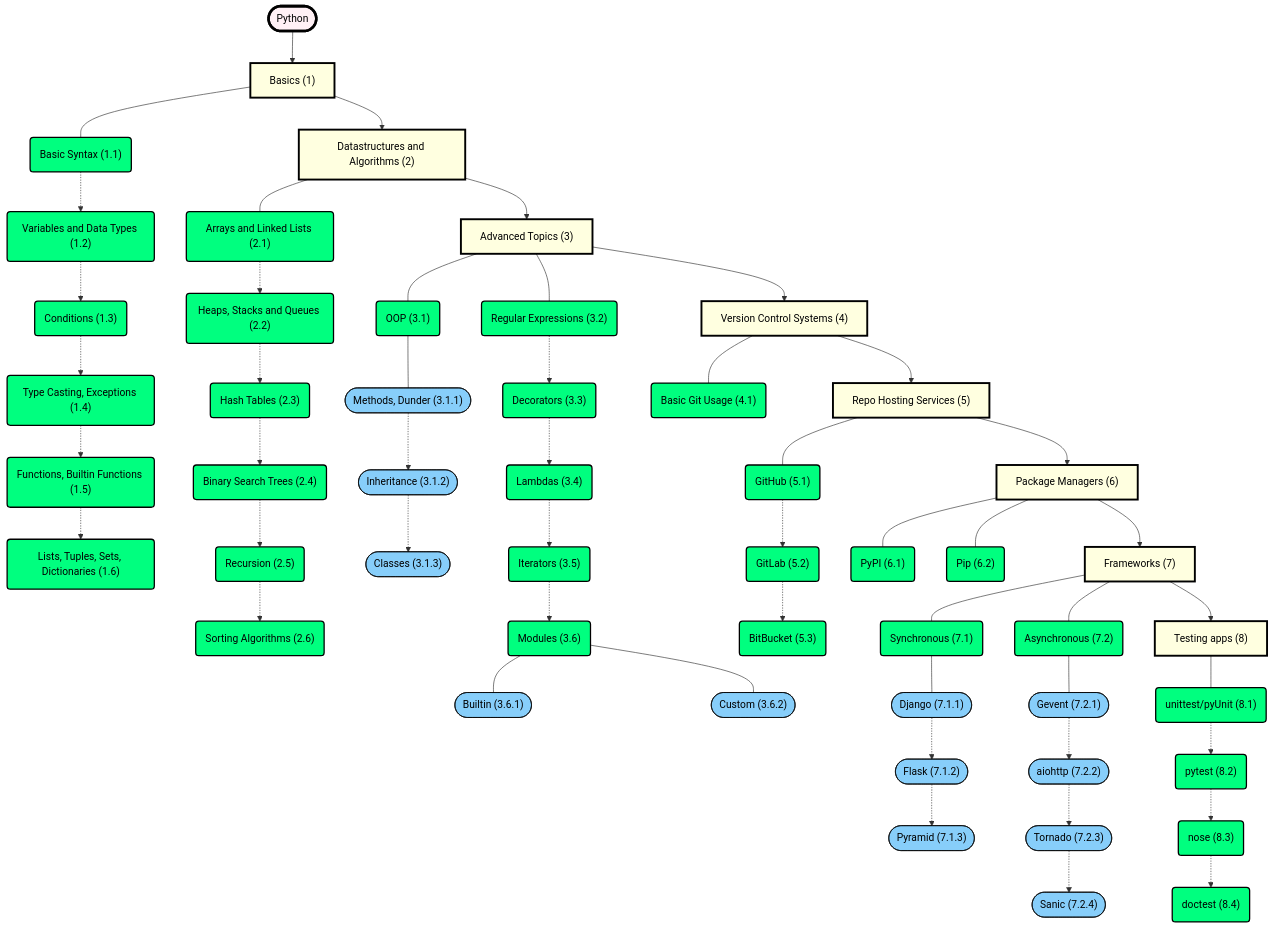
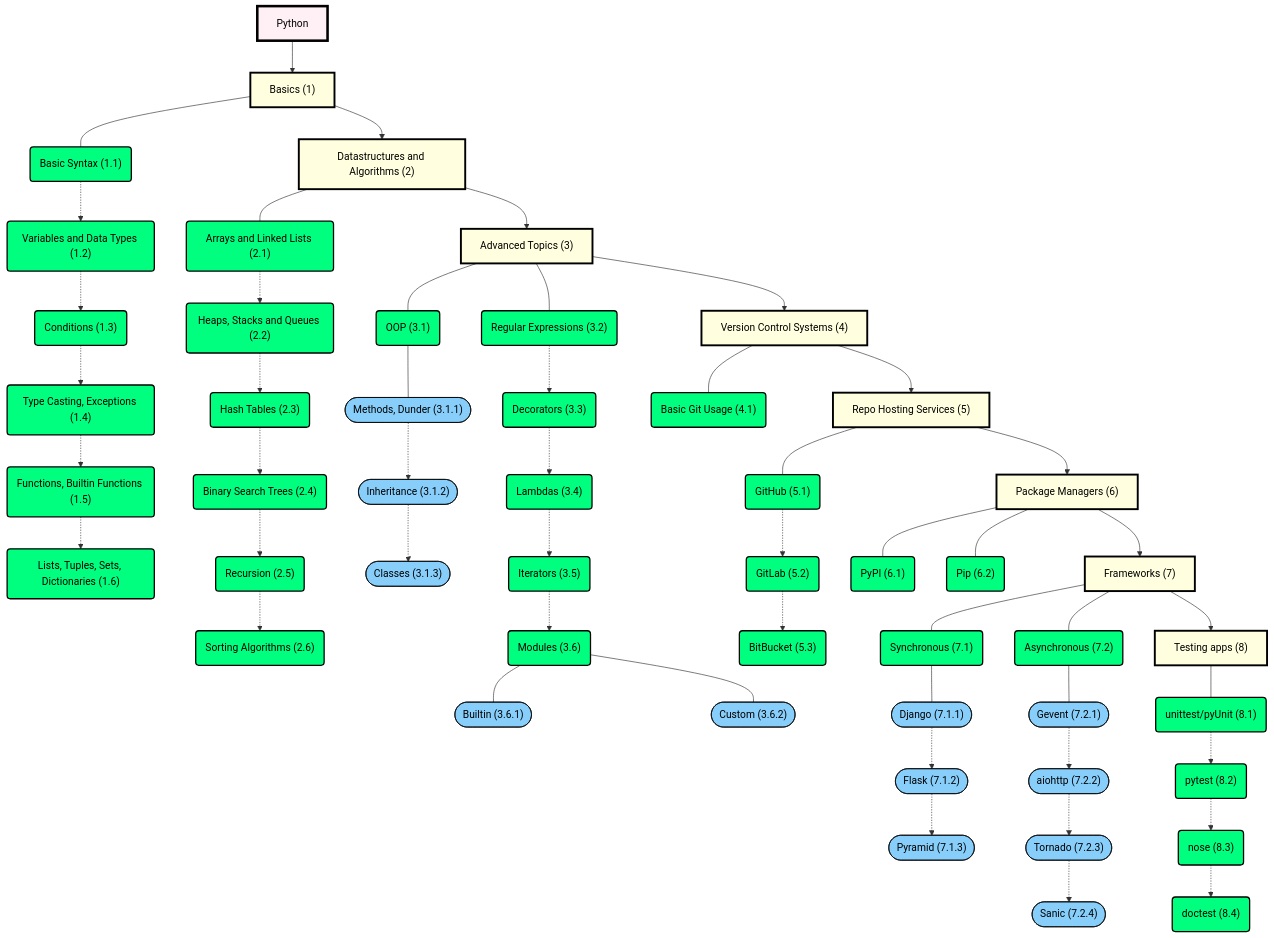
Before and after one commit to sal111t/lrn_python: the diagram in README.md, drawn with Mermaid.

````diff
--- a/README.md
+++ b/README.md
@@ -5,8 +5,8 @@
 ```mermaid
   flowchart TB
-    node0(["Python"]) --> node1["Basics (1)"]
-      style node0 fill:#FFF0F5, stroke:#000, stroke-width:4px, color:#000
+    node0["Python"]:::Title --> node1["Basics (1)"]
       click node0 "http://#"
+ 
   
       node1["Basics (1)"] --- node9("Basic Syntax (1.1)")
         
@@ -131,7 +131,8 @@
         click node49 "http://#"
       node49("nose (8.3)"):::SubClass1 -.-> node50("doctest (8.4)"):::SubClass1
         click node50 "http://#"
-      
+    
+    classDef Title fill:#FFF0F5, stroke:#000, stroke-width:4px, color:#000
     classDef ClassZero fill:#FFFFE0, stroke:#000, stroke-width:3px, color:#000
     classDef SubClass1 fill:#00FF7F, stroke:#000, stroke-width:2px, color:#000 
     classDef SubClass2 fill:#87CEFA, stroke:#000, stroke-width:1px, color:#000
````
